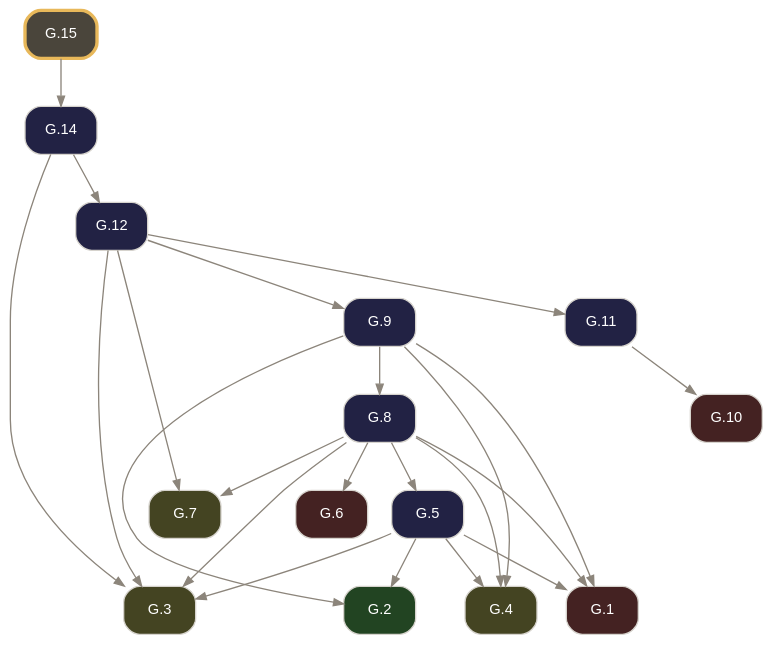
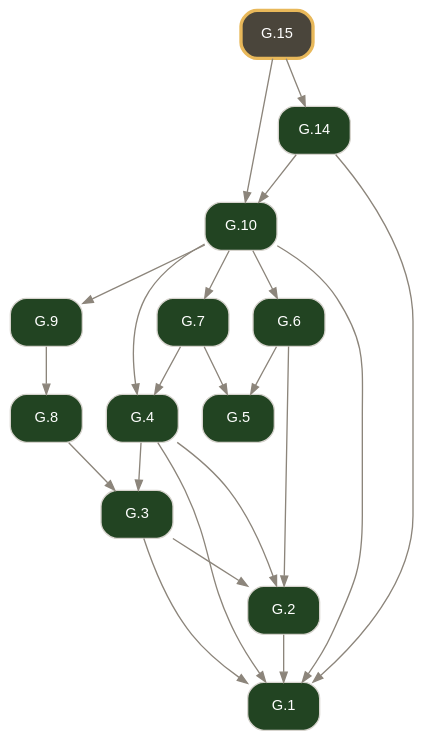
One commit to geometor/elements changed the diagram in docsrc/elements2/G.15/index.rst. Above: the diagram before and after it, drawn with Graphviz. The commit also changed other lines of this file and 2974 other files, not shown here.

Commit message:
feat(elements2): wire defined terms, short verb titles, coincidence operator, and 2-point circle notation (v0.4.0)

```diff
--- a/docsrc/elements2/G.15/index.rst
+++ b/docsrc/elements2/G.15/index.rst
@@ -79,44 +38,41 @@
 .. graphviz::
 
    digraph {
      bgcolor="transparent";
      node [shape=box, style="rounded,filled", fontname="Helvetica", fontsize=11, color="#d6d3cd", fontcolor="#ffffff"];
      edge [color="#8c857b", fontcolor="#8c857b", arrowsize=0.75];
      rankdir="TB";
-     "G.1" [label="G.1", tooltip="G.1 (I.cn.1): Things equal to the same thing are equal to one another.", fillcolor="#442222", URL="../G.1/index.html", target="_top"];
-     "G.2" [label="G.2", tooltip="G.2 (I.def.15): A circle is a plane figure contained by one line such that all segments falling upon it from its center are equal.", fillcolor="#224422", URL="../G.2/index.html", target="_top"];
-     "G.3" [label="G.3", tooltip="G.3 (I.post.1): Construct a segment between any two points.", fillcolor="#444422", URL="../G.3/index.html", target="_top"];
-     "G.4" [label="G.4", tooltip="G.4 (I.post.3): Construct a circle with any center and radius.", fillcolor="#444422", URL="../G.4/index.html", target="_top"];
-     "G.5" [label="G.5", tooltip="G.5 (I.1): Construct an equilateral triangle on a given finite segment.", fillcolor="#222244", URL="../G.5/index.html", target="_top"];
-     "G.6" [label="G.6", tooltip="G.6 (I.cn.3): If equals are subtracted from equals, the remainders are equal.", fillcolor="#442222", URL="../G.6/index.html", target="_top"];
-     "G.7" [label="G.7", tooltip="G.7 (I.post.2): Extend a finite segment continuously in a straight line.", fillcolor="#444422", URL="../G.7/index.html", target="_top"];
-     "G.8" [label="G.8", tooltip="G.8 (I.2): Construct at a given point a segment equal to a given segment.", fillcolor="#222244", URL="../G.8/index.html", target="_top"];
-     "G.9" [label="G.9", tooltip="G.9 (I.3): Cut off from the greater of two unequal segments a segment equal to the less.", fillcolor="#222244", URL="../G.9/index.html", target="_top"];
-     "G.10" [label="G.10", tooltip="G.10 (I.cn.4): Things that coincide with one another are equal.", fillcolor="#442222", URL="../G.10/index.html", target="_top"];
-     "G.11" [label="G.11", tooltip="G.11 (I.4): Triangles with two sides and the included angle equal are congruent (SAS).", fillcolor="#222244", URL="../G.11/index.html", target="_top"];
-     "G.12" [label="G.12", tooltip="G.12 (I.5): In an isosceles triangle, the angles at the base are equal, and if the equal sides are extended, the angles under the base are equal.", fillcolor="#222244", URL="../G.12/index.html", target="_top"];
-     "G.14" [label="G.14", tooltip="G.14 (I.7): On the same segment and on the same side, there cannot be constructed two distinct triangles with both pairs of conterminous sides equal.", fillcolor="#222244", URL="../G.14/index.html", target="_top"];
-     "G.15" [label="G.15", tooltip="G.15 (I.8): Triangles with all three corresponding sides equal have their corresponding angles equal (SSS).", penwidth=2.5, color="#e8b85a", fillcolor="#4a453b", URL="index.html", target="_top"];
-     "G.5" -> "G.1";
-     "G.8" -> "G.1";
-     "G.9" -> "G.1";
-     "G.5" -> "G.2";
-     "G.9" -> "G.2";
-     "G.5" -> "G.3";
+     "G.1" [label="G.1", tooltip="G.1 (I.def.1): A point A is that which has no part.", fillcolor="#224422", URL="../G.1/index.html", target="_top"];
+     "G.2" [label="G.2", tooltip="G.2 (I.def.2): A line [ A B ] is a projection of a relationship of two points A, B.", fillcolor="#224422", URL="../G.2/index.html", target="_top"];
+     "G.3" [label="G.3", tooltip="G.3 (I.def.3): The extremities of a segment / A B / are points A, B.", fillcolor="#224422", URL="../G.3/index.html", target="_top"];
+     "G.4" [label="G.4", tooltip="G.4 (I.def.4): A segment / A B / is a portion of a line [ A B ] between two points A, B on the line.", fillcolor="#224422", URL="../G.4/index.html", target="_top"];
+     "G.5" [label="G.5", tooltip="G.5 (I.def.5): A surface is that which has length and breadth only.", fillcolor="#224422", URL="../G.5/index.html", target="_top"];
+     "G.6" [label="G.6", tooltip="G.6 (I.def.6): The extremities of a surface are lines or arcs.", fillcolor="#224422", URL="../G.6/index.html", target="_top"];
+     "G.7" [label="G.7", tooltip="G.7 (I.def.7): A plane surface lies evenly with the lines on itself.", fillcolor="#224422", URL="../G.7/index.html", target="_top"];
+     "G.8" [label="G.8", tooltip="G.8 (I.def.13): A boundary is the extremity of anything.", fillcolor="#224422", URL="../G.8/index.html", target="_top"];
+     "G.9" [label="G.9", tooltip="G.9 (I.def.14): A figure is that which is contained by any boundary or boundaries.", fillcolor="#224422", URL="../G.9/index.html", target="_top"];
+     "G.10" [label="G.10", tooltip="G.10 (I.def.15): A circle ( A B ) is a plane figure contained by one arc defined by a center A and a point B establishing its defining radius / A B /, such that all segments / A B /, / A C /, / A D...", fillcolor="#224422", URL="../G.10/index.html", target="_top"];
+     "G.14" [label="G.14", tooltip="G.14 (I.def.16): The point A within the circle ( A B ) from which all segments / A B /, / A C / to the arc are equal is called the center of the circle.", fillcolor="#224422", URL="../G.14/index.html", target="_top"];
+     "G.15" [label="G.15", tooltip="G.15 (I.post.3): Construct a circle ( A B ) with center A and defining radius point B.", penwidth=2.5, color="#e8b85a", fillcolor="#4a453b", URL="index.html", target="_top"];
+     "G.2" -> "G.1";
+     "G.3" -> "G.1";
+     "G.4" -> "G.1";
+     "G.10" -> "G.1";
+     "G.14" -> "G.1";
+     "G.3" -> "G.2";
+     "G.4" -> "G.2";
+     "G.6" -> "G.2";
+     "G.4" -> "G.3";
      "G.8" -> "G.3";
-     "G.12" -> "G.3";
-     "G.14" -> "G.3";
-     "G.5" -> "G.4";
-     "G.8" -> "G.4";
-     "G.9" -> "G.4";
-     "G.8" -> "G.5";
-     "G.8" -> "G.6";
-     "G.8" -> "G.7";
-     "G.12" -> "G.7";
+     "G.7" -> "G.4";
+     "G.10" -> "G.4";
+     "G.6" -> "G.5";
+     "G.7" -> "G.5";
+     "G.10" -> "G.6";
+     "G.10" -> "G.7";
      "G.9" -> "G.8";
-     "G.12" -> "G.9";
-     "G.11" -> "G.10";
-     "G.12" -> "G.11";
-     "G.14" -> "G.12";
+     "G.10" -> "G.9";
+     "G.14" -> "G.10";
+     "G.15" -> "G.10";
      "G.15" -> "G.14";
    }
```
